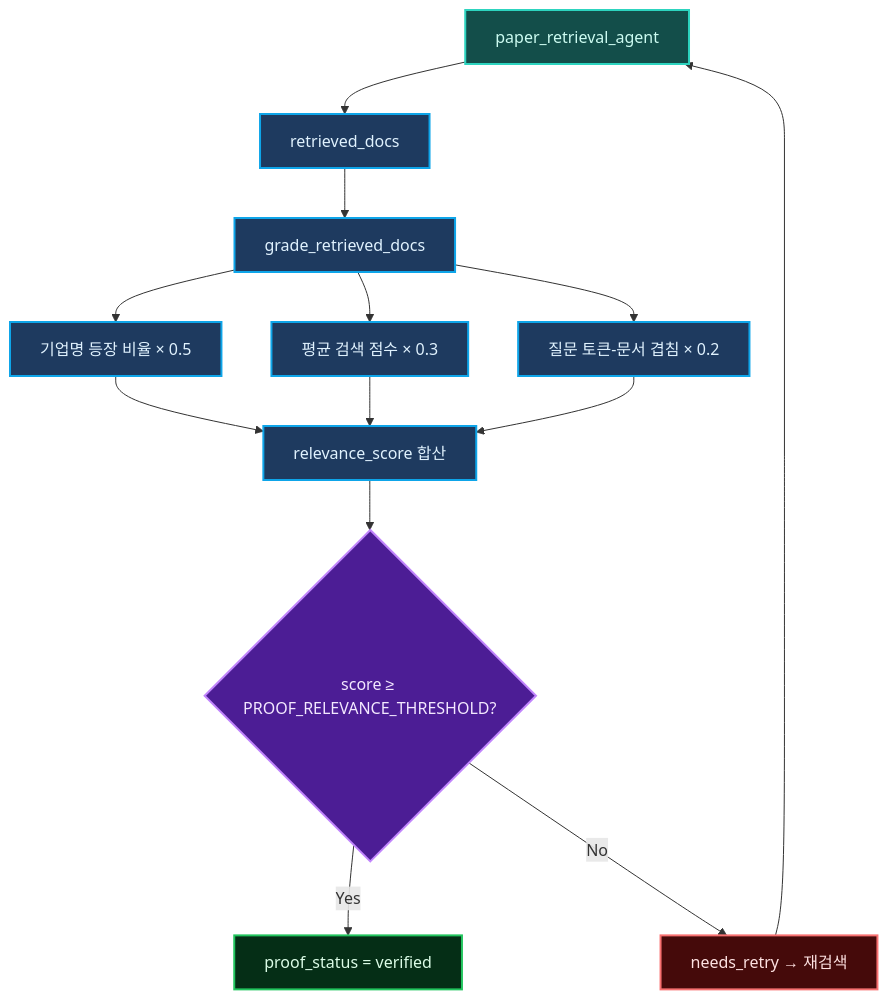
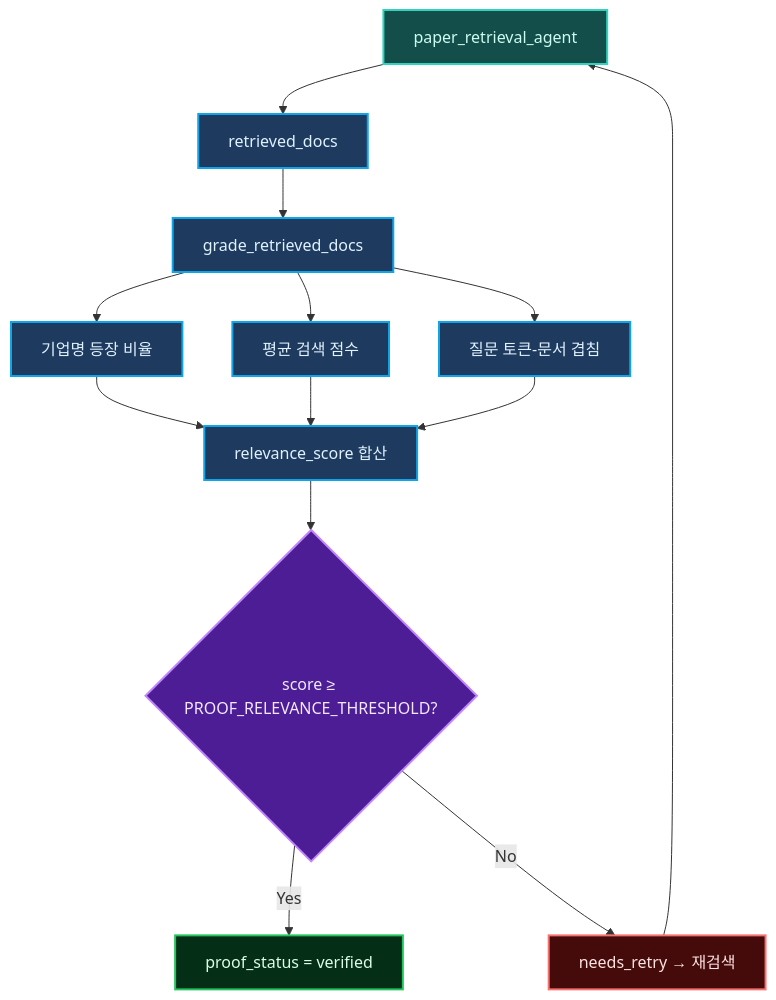
One commit to SKALA-Rag-MiniProject/Semiconductor-Startup-Investment-Agent changed the fifth of 9 diagrams in README.md. Above: the diagram before and after it, drawn with Mermaid. The commit also changed other lines of this file, not shown here.

````diff
--- a/README.md
+++ b/README.md
@@ -266,27 +282,27 @@
 ```mermaid
 flowchart TD
     R[paper_retrieval_agent] --> DOCS[retrieved_docs]
     DOCS --> GRADE[grade_retrieved_docs]
-    GRADE --> A[기업명 등장 비율 × 0.5]
-    GRADE --> B[평균 검색 점수 × 0.3]
-    GRADE --> C[질문 토큰-문서 겹침 × 0.2]
+    GRADE --> A[기업명 등장 비율]
+    GRADE --> B[평균 검색 점수]
+    GRADE --> C[질문 토큰-문서 겹침]
     A --> SUM[relevance_score 합산]
     B --> SUM
     C --> SUM
     SUM --> TH{score ≥ PROOF_RELEVANCE_THRESHOLD?}
     TH -->|Yes| V[proof_status = verified]
     TH -->|No| RETRY[needs_retry → 재검색]
     RETRY --> R
 
     classDef agent fill:#134e4a,stroke:#2dd4bf,color:#ccfbf1,stroke-width:2px;
     classDef data fill:#1e3a5f,stroke:#0ea5e9,color:#e0f2fe,stroke-width:2px;
     classDef score fill:#422006,stroke:#fbbf24,color:#fef3c7,stroke-width:2px;
     classDef decision fill:#4c1d95,stroke:#c084fc,color:#f3e8ff,stroke-width:2px;
     classDef verified fill:#052e16,stroke:#22c55e,color:#dcfce7,stroke-width:2px;
     classDef retry fill:#450a0a,stroke:#f87171,color:#fee2e2,stroke-width:2px;
     class R agent;
     class DOCS,GRADE,A,B,C,SUM data;
     class TH decision;
     class V verified;
     class RETRY retry;
 ```
````
